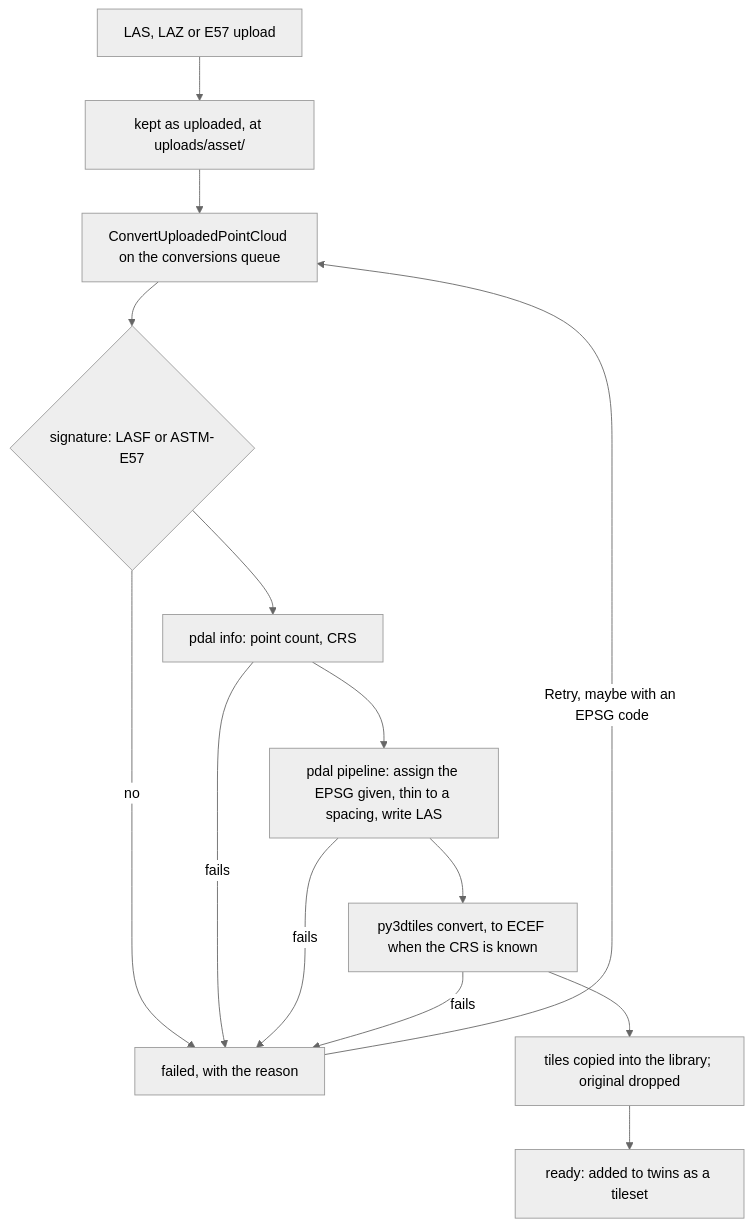
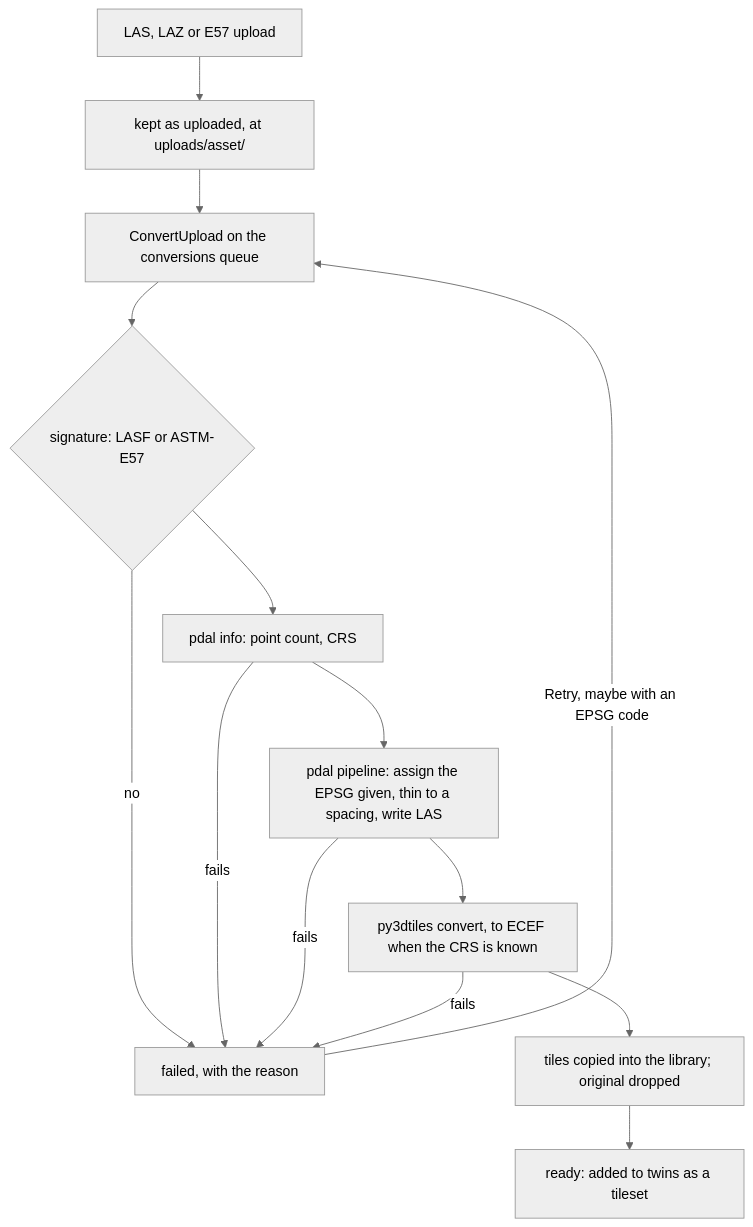
Before and after one commit to Jarryd-W-Hoffman/digital-twin: the fifth of 7 diagrams in README.md, drawn with Mermaid (neutral theme). The commit also changed other lines of this file and 93 other files, not shown here.

First line of the commit message:
Convert uploaded DEMs to quantized-mesh terrain a twin can stand on

````diff
--- a/README.md
+++ b/README.md
@@ -243,16 +244,16 @@
 ```mermaid
 flowchart TD
   U[LAS, LAZ or E57 upload] --> K[kept as uploaded, at uploads/asset/]
-  K --> J[ConvertUploadedPointCloud on the conversions queue]
+  K --> J[ConvertUpload on the conversions queue]
   J --> S{signature: LASF or ASTM-E57}
   S -->|no| F[failed, with the reason]
   S --> I[pdal info: point count, CRS]
   I --> P[pdal pipeline: assign the EPSG given, thin to a spacing, write LAS]
   P --> T[py3dtiles convert, to ECEF when the CRS is known]
   T --> W[tiles copied into the library; original dropped]
   W --> R[ready: added to twins as a tileset]
   I -->|fails| F
   P -->|fails| F
   T -->|fails| F
   F -->|Retry, maybe with an EPSG code| J
 ```
````
